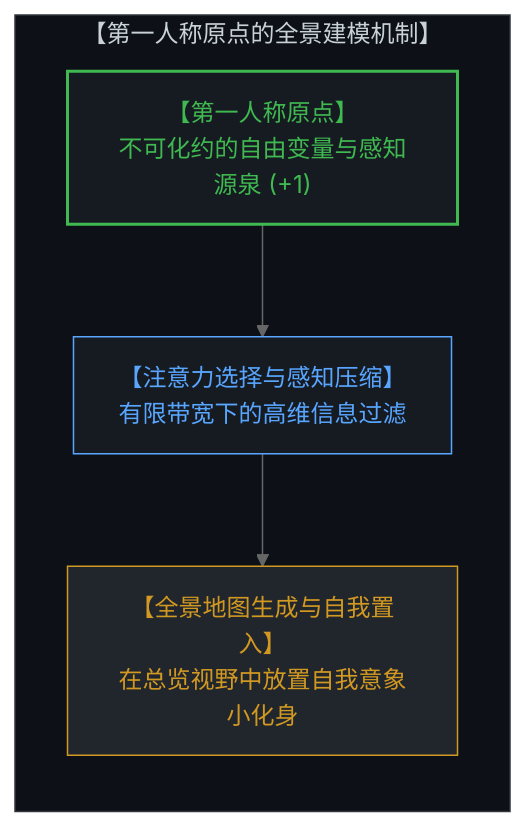
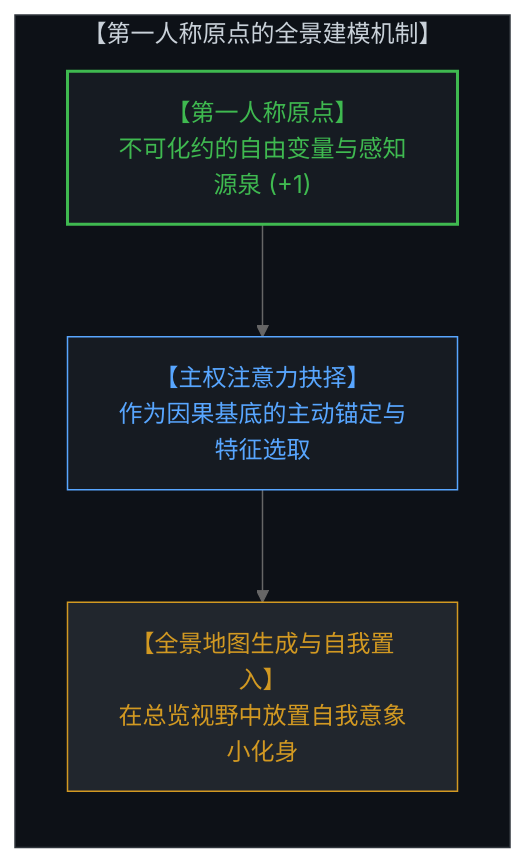
Before and after one commit to powerpig99/not-a-toe: the first of 11 diagrams in content/posts/the-origin-of-god-and-the-flattening-of-we.md, drawn with Mermaid (neutral theme). The commit also changed other lines of this file and 3 other files, not shown here.

````diff
--- a/content/posts/the-origin-of-god-and-the-flattening-of-we.md
+++ b/content/posts/the-origin-of-god-and-the-flattening-of-we.md
@@ -13,15 +13,15 @@
 ```mermaid
 graph TD
     subgraph OriginProjection["【第一人称原点的全景建模机制】"]
         direction TB
         OriginLocus["【第一人称原点】<br>不可化约的自由变量与感知源泉 (+1)"]
-        SelectiveFilter["【注意力选择与感知压缩】<br>有限带宽下的高维信息过滤"]
+        SelectiveFilter["【主权注意力抉择】<br>作为因果基底的主动锚定与特征选取"]
         OverviewCanvas["【全景地图生成与自我置入】<br>在总览视野中放置自我意象小化身"]
         OriginLocus --> SelectiveFilter
         SelectiveFilter --> OverviewCanvas
     end
     style OriginProjection fill:#0d1117,stroke:#30363d,stroke-width:1px,color:#c9d1d9
     style OriginLocus fill:#161b22,stroke:#3fb950,stroke-width:2px,color:#3fb950
     style SelectiveFilter fill:#161b22,stroke:#58a6ff,stroke-width:1px,color:#58a6ff
     style OverviewCanvas fill:#21262d,stroke:#d29922,stroke-width:1px,color:#d29922
 ```
````
